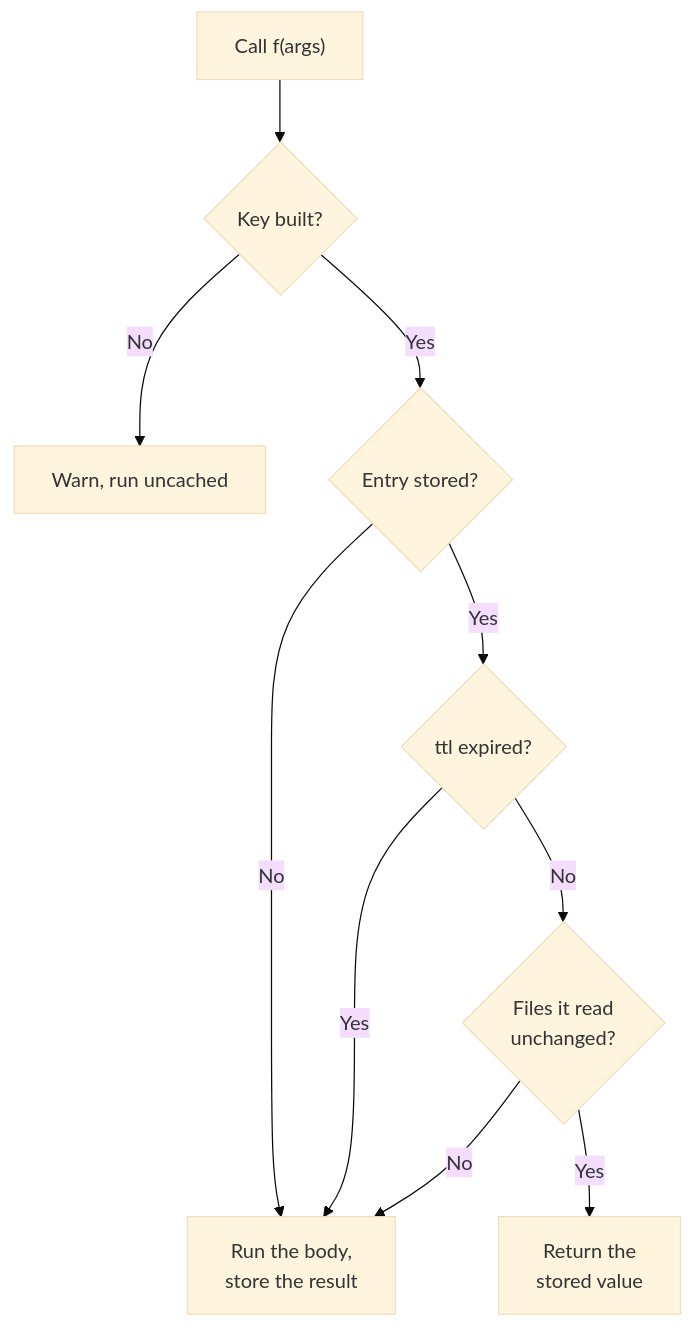
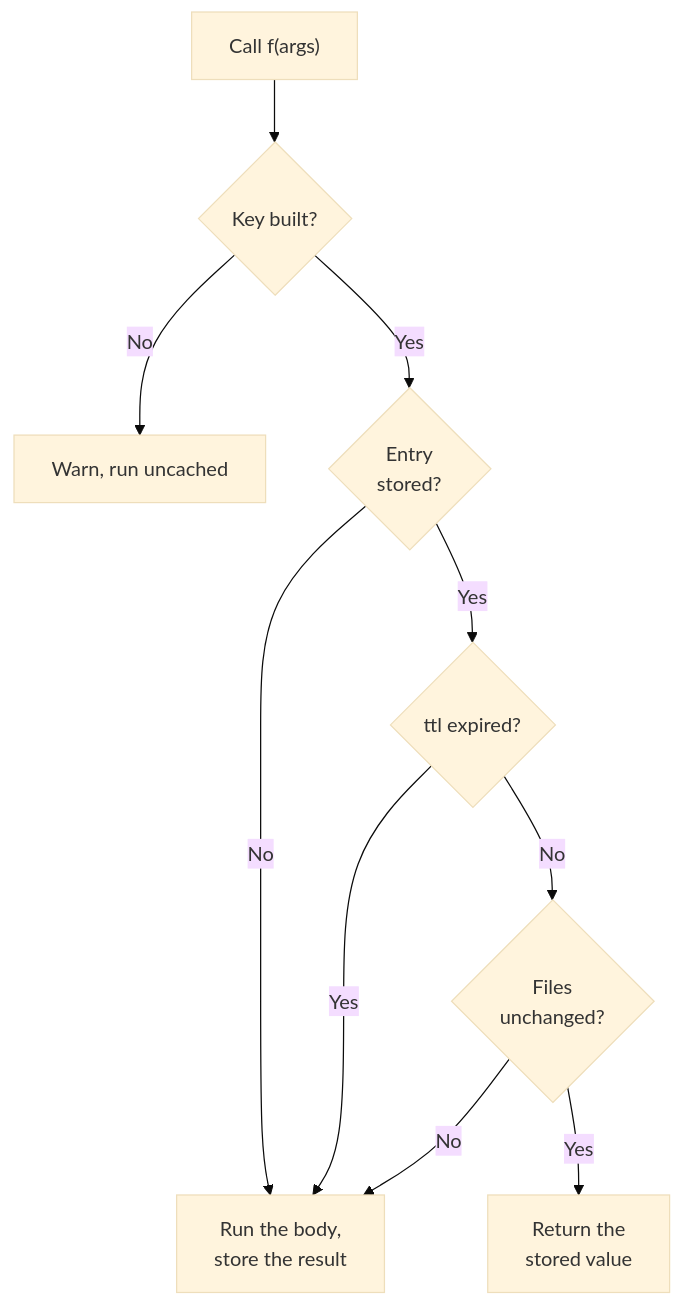
Before and after one commit to galgtonold/cash: the diagram in docs/how-it-works/decorator-path.md, drawn with Mermaid (base theme). The commit also changed 2 other files, not shown here.

Commit message:
docs: keep flowchart decisions to a few words so the charts stay short
Long questions inside the diamonds made the cost-model chart taller than
a screen. The decisions now use the names of the steps the text below
explains ('Store it at all?', 'Write it to disk?', 'Worth its bytes?'),
and the notebook and decorator charts shorten theirs the same way.

````diff
--- a/docs/how-it-works/decorator-path.md
+++ b/docs/how-it-works/decorator-path.md
@@ -8,12 +8,12 @@
 ```mermaid
 flowchart TD
     A["Call f(args)"] --> B{"Key built?"}
     B -->|No| W["Warn, run uncached"]
-    B -->|Yes| C{"Entry stored?"}
+    B -->|Yes| C{"Entry<br/>stored?"}
     C -->|No| D["Run the body,<br/>store the result"]
     C -->|Yes| E{"ttl expired?"}
     E -->|Yes| D
-    E -->|No| F{"Files it read<br/>unchanged?"}
+    E -->|No| F{"Files<br/>unchanged?"}
     F -->|No| D
     F -->|Yes| G["Return the<br/>stored value"]
 ```
````
